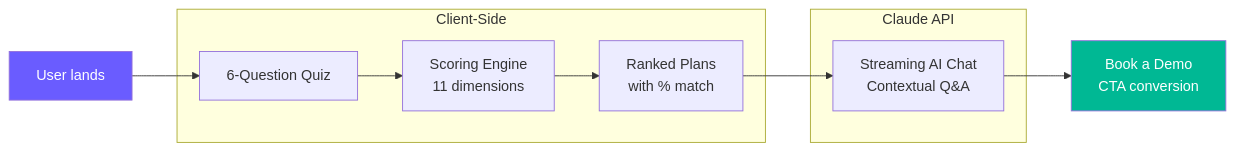
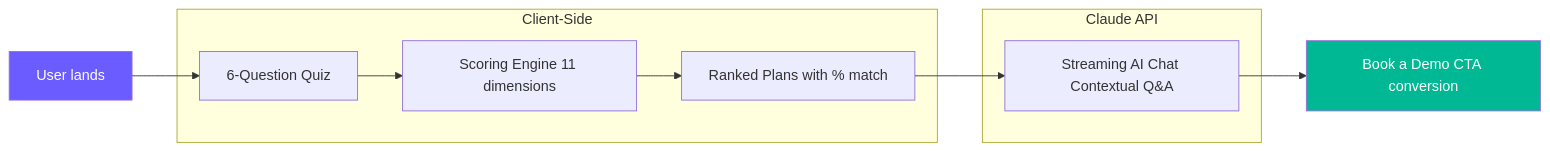
Before and after one commit to alanmaizon/kota-hackathon: the first of 2 diagrams in README.md, drawn with Mermaid. The commit also changed other lines of this file and 1 other file, not shown here.

Commit message:
fix: refine flowchart formatting in README and remove unused Trusted by section in WelcomeScreen

````diff
--- a/README.md
+++ b/README.md
@@ -11,21 +11,21 @@
 ```mermaid
 flowchart LR
     A[User lands] --> B[6-Question Quiz]
-    B --> C[Scoring Engine\n11 dimensions]
-    C --> D[Ranked Plans\nwith % match]
-    D --> E[Streaming AI Chat\nContextual Q&A]
-    E --> F[Book a Demo\nCTA conversion]
+    B --> C[Scoring Engine 11 dimensions]
+    C --> D[Ranked Plans with % match]
+    D --> E[Streaming AI Chat Contextual Q&A]
+    E --> F[Book a Demo CTA conversion]
 
     subgraph Client-Side
         B
         C
         D
     end
 
     subgraph Claude API
         E
     end
 
     style A fill:#6a5cff,color:#fff
     style F fill:#00b894,color:#fff
 ```
````
